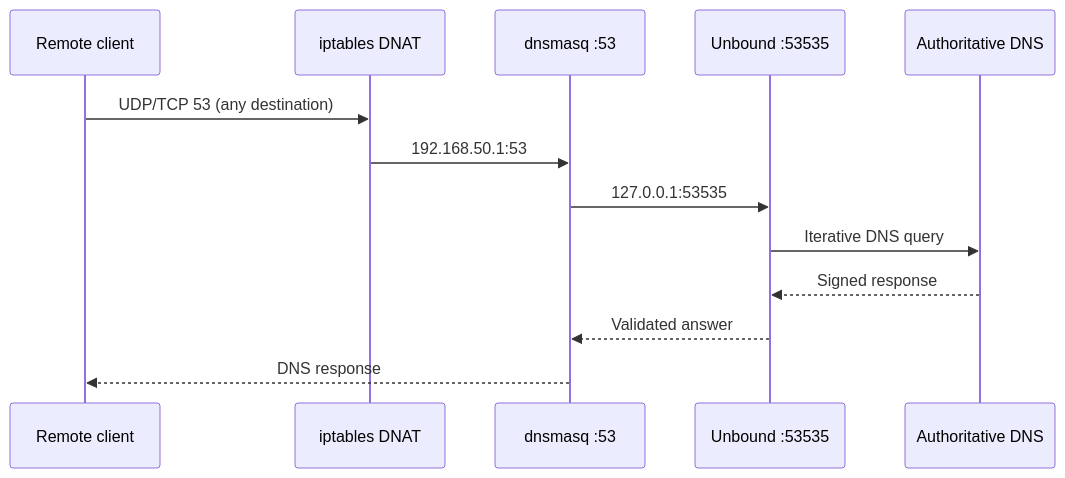
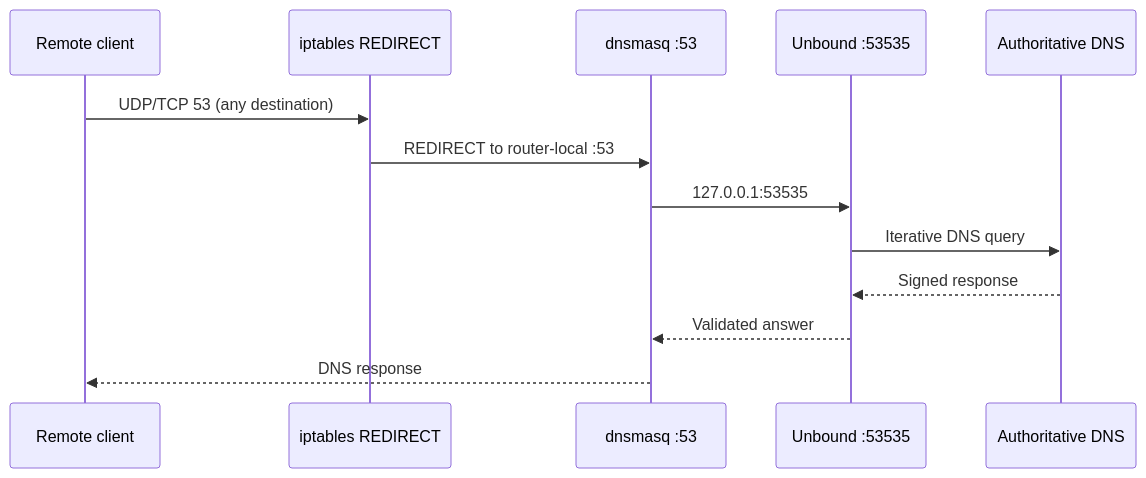
One commit to wojko6/Advanced-ASUS-Edge-Gateway-ZTNA-Infrastructure changed the second of 3 diagrams in docs/architecture.md. Above: the diagram before and after it, drawn with Mermaid. The commit also changed other lines of this file, not shown here.

Commit message:
docs: align DNS architecture with REDIRECT policy

````diff
--- a/docs/architecture.md
+++ b/docs/architecture.md
@@ -32,15 +32,15 @@
 ```mermaid
 sequenceDiagram
     participant C as Remote client
-    participant F as iptables DNAT
+    participant F as iptables REDIRECT
     participant D as dnsmasq :53
     participant U as Unbound :53535
     participant A as Authoritative DNS
     C->>F: UDP/TCP 53 (any destination)
-    F->>D: 192.168.50.1:53
+    F->>D: REDIRECT to router-local :53
     D->>U: 127.0.0.1:53535
     U->>A: Iterative DNS query
     A-->>U: Signed response
     U-->>D: Validated answer
     D-->>C: DNS response
 ```
````
